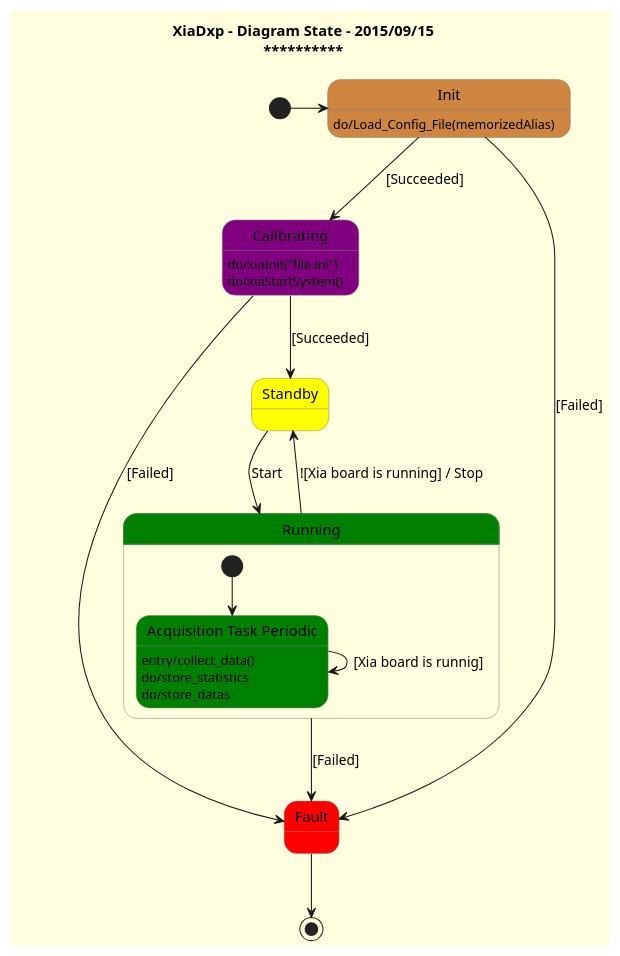
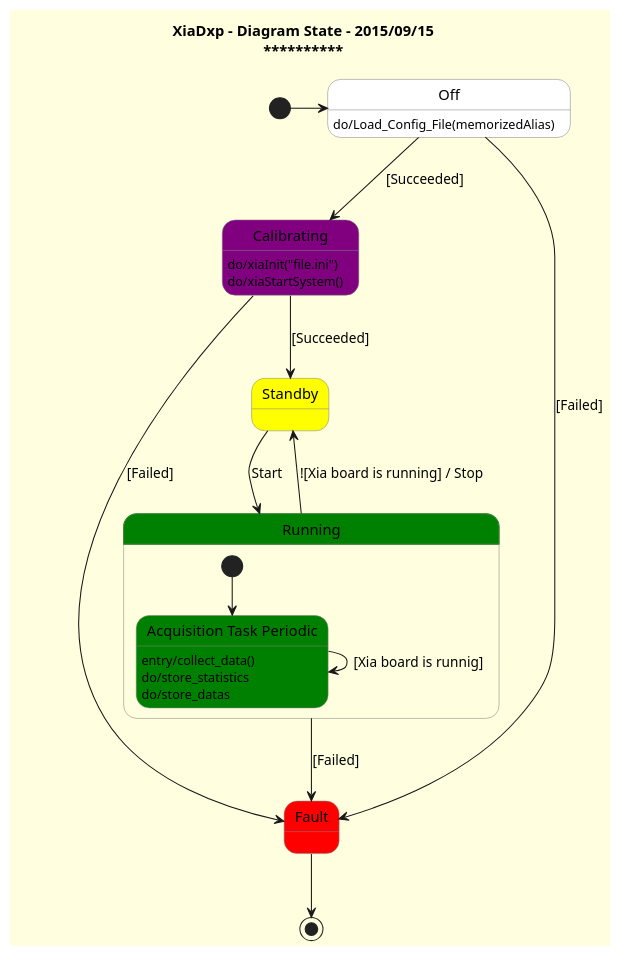
One commit to anoureddine/XiaDxp changed the diagram in uml/diagram_etats_1.puml. Above: the diagram before and after it, drawn with PlantUML. The commit also changed 9 other files, not shown here.

Commit message:
- Update Uml scripts

```diff
--- a/uml/diagram_etats_1.puml
+++ b/uml/diagram_etats_1.puml
@@ -1,45 +1,46 @@
 @startuml
 title <b>XiaDxp - Diagram State - 2015/09/15</b>\n**********************************************
 scale 600 width
 skinparam backgroundColor LightYellow
 skinparam state {
     StartColor Black
     EndColor Black
     BackgroundColor Peru
+    BackgroundColor<<Off>> White
     BackgroundColor<<Standby>> Yellow
     BackgroundColor<<Fault>> Red
     BackgroundColor<<Running>> Green
     BackgroundColor<<Calibrating>> Purple
     BorderColor Gray
     FontName Arial
 }
 
 
-[*] -> Init
-Init : do/Load_Config_File(memorizedAlias)
-Init --> Calibrating <<Calibrating>> : [Succeeded]
-Init --> Fault <<Fault>> : [Failed]
+[*] -> Off <<Off>>
+Off : do/Load_Config_File(memorizedAlias)
+Off --> Calibrating <<Calibrating>> : [Succeeded]
+Off --> Fault <<Fault>> : [Failed]
 
 Calibrating : do/xiaInit("file.ini")
 Calibrating : do/xiaStartSystem()
 Calibrating --> Standby <<Standby>> : [Succeeded]
 Calibrating --> Fault : [Failed]
 
 Standby --> Running <<Running>> : Start
 
 state Running <<Running>>{
   state "Acquisition Task Periodic" as acquiring <<Running>>
   acquiring : entry/collect_data()
   acquiring : do/store_statistics
   acquiring : do/store_datas
   [*] --> acquiring  
   acquiring --> acquiring : [Xia board is runnig]
 }
 
 Running --> Standby : ![Xia board is running] / Stop
 Running --> Fault : [Failed]
 
 
 Fault -->[*]
  
 @enduml
```
